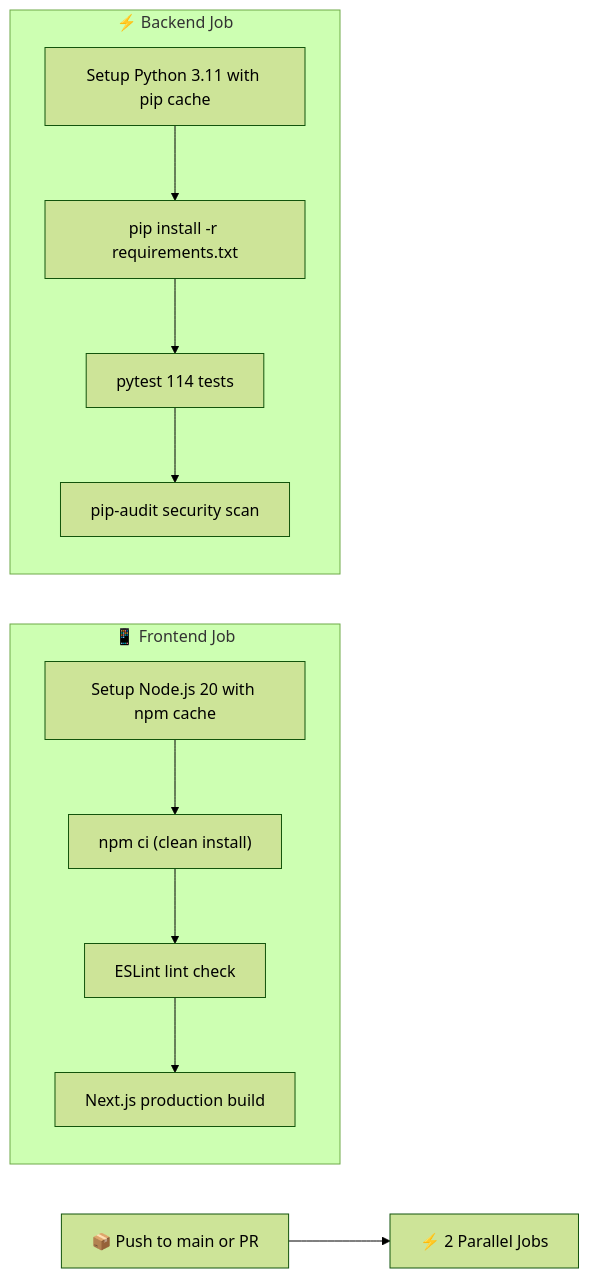
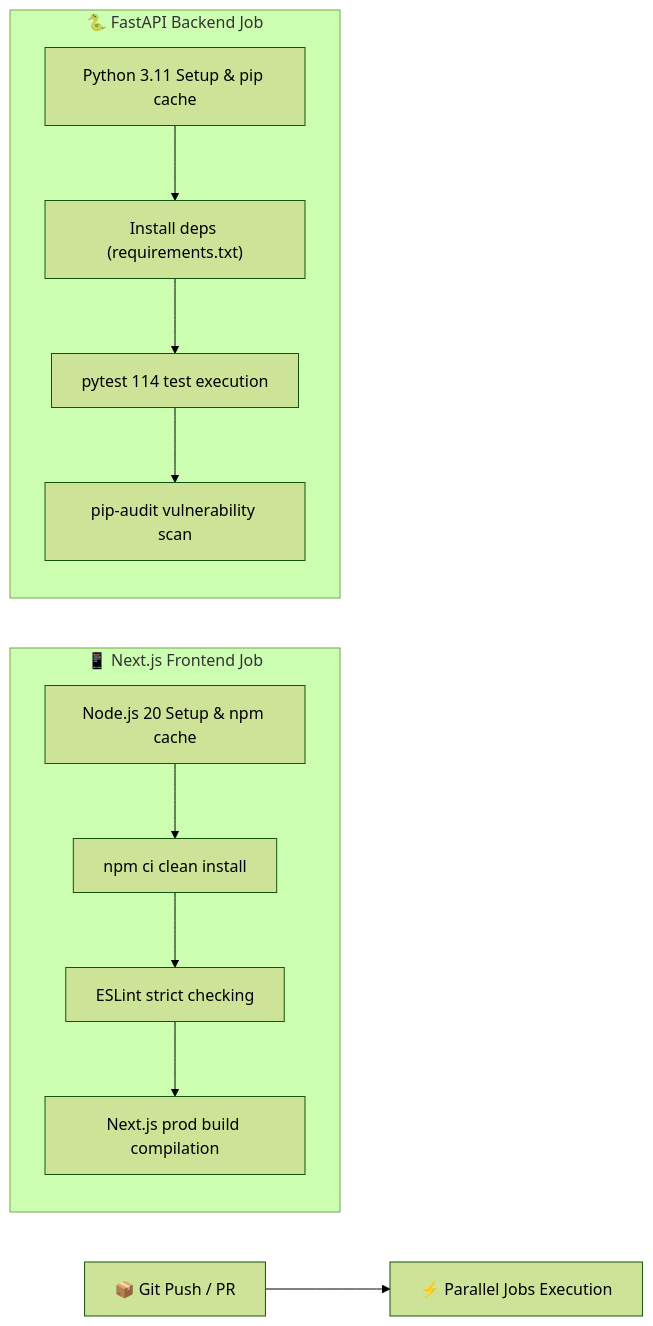
One commit to Anil-Pradhan-web/ai-career-mentor changed the third of 3 diagrams in README.md. Above: the diagram before and after it, drawn with Mermaid (forest theme). The commit also changed other lines of this file, not shown here.

Commit message:
docs: rewrite CI/CD and Docker architecture section to be structured and professional

````diff
--- a/README.md
+++ b/README.md
@@ -275,19 +279,18 @@
 ```mermaid
 flowchart LR
-    TRIGGER["📦 Push to main or PR"]
-    TRIGGER --> PARALLEL["⚡ 2 Parallel Jobs"]
+    TRIGGER["📦 Git Push / PR"] --> PARALLEL["⚡ Parallel Jobs Execution"]
     
-    subgraph "📱 Frontend Job"
-        F1["Setup Node.js 20 with npm cache"]
-        F1 --> F2["npm ci (clean install)"]
-        F2 --> F3["ESLint lint check"]
-        F3 --> F4["Next.js production build"]
+    subgraph "📱 Next.js Frontend Job"
+        F1["Node.js 20 Setup & npm cache"]
+        F1 --> F2["npm ci clean install"]
+        F2 --> F3["ESLint strict checking"]
+        F3 --> F4["Next.js prod build compilation"]
     end
     
-    subgraph "⚡ Backend Job"
-        B1["Setup Python 3.11 with pip cache"]
-        B1 --> B2["pip install -r requirements.txt"]
-        B2 --> B3["pytest 114 tests"]
-        B3 --> B4["pip-audit security scan"]
+    subgraph "🐍 FastAPI Backend Job"
+        B1["Python 3.11 Setup & pip cache"]
+        B1 --> B2["Install deps (requirements.txt)"]
+        B2 --> B3["pytest 114 test execution"]
+        B3 --> B4["pip-audit vulnerability scan"]
     end
 ```
````
